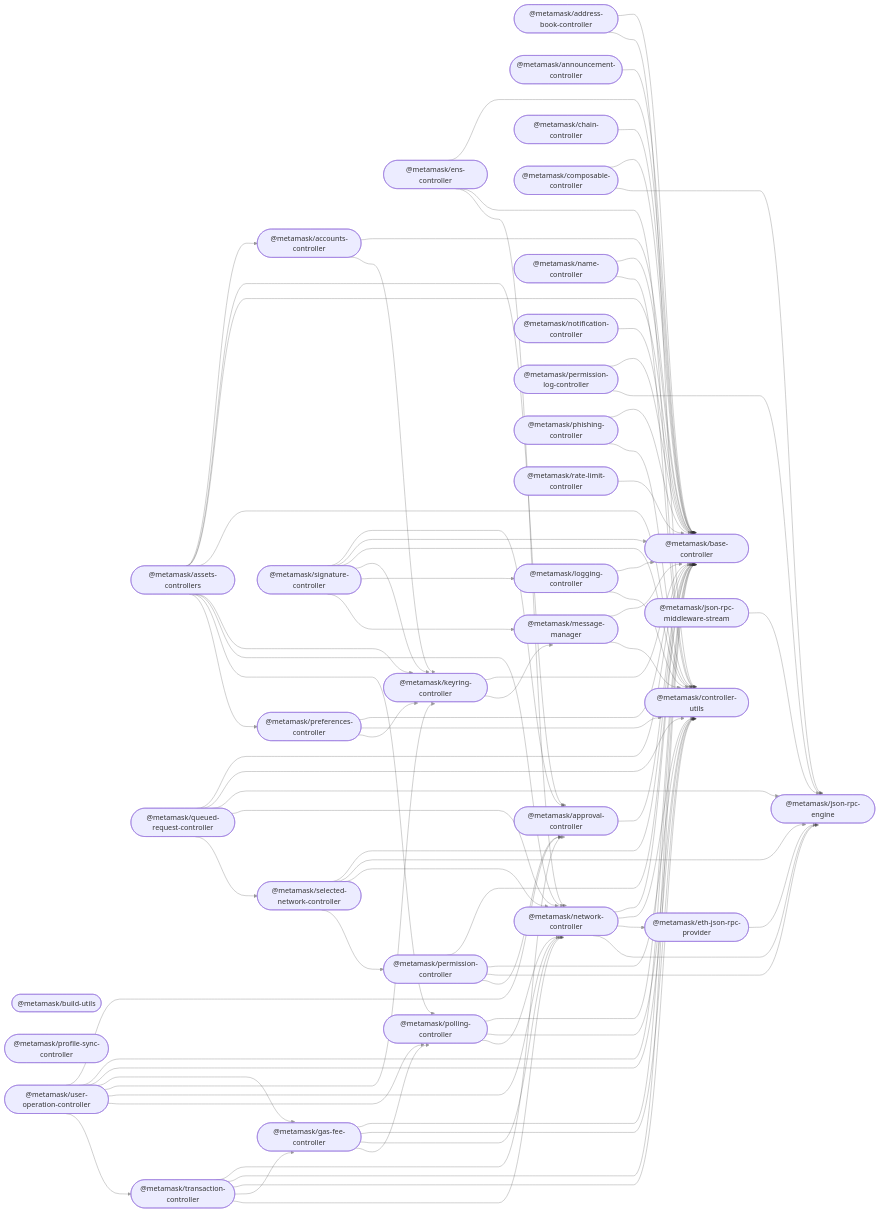
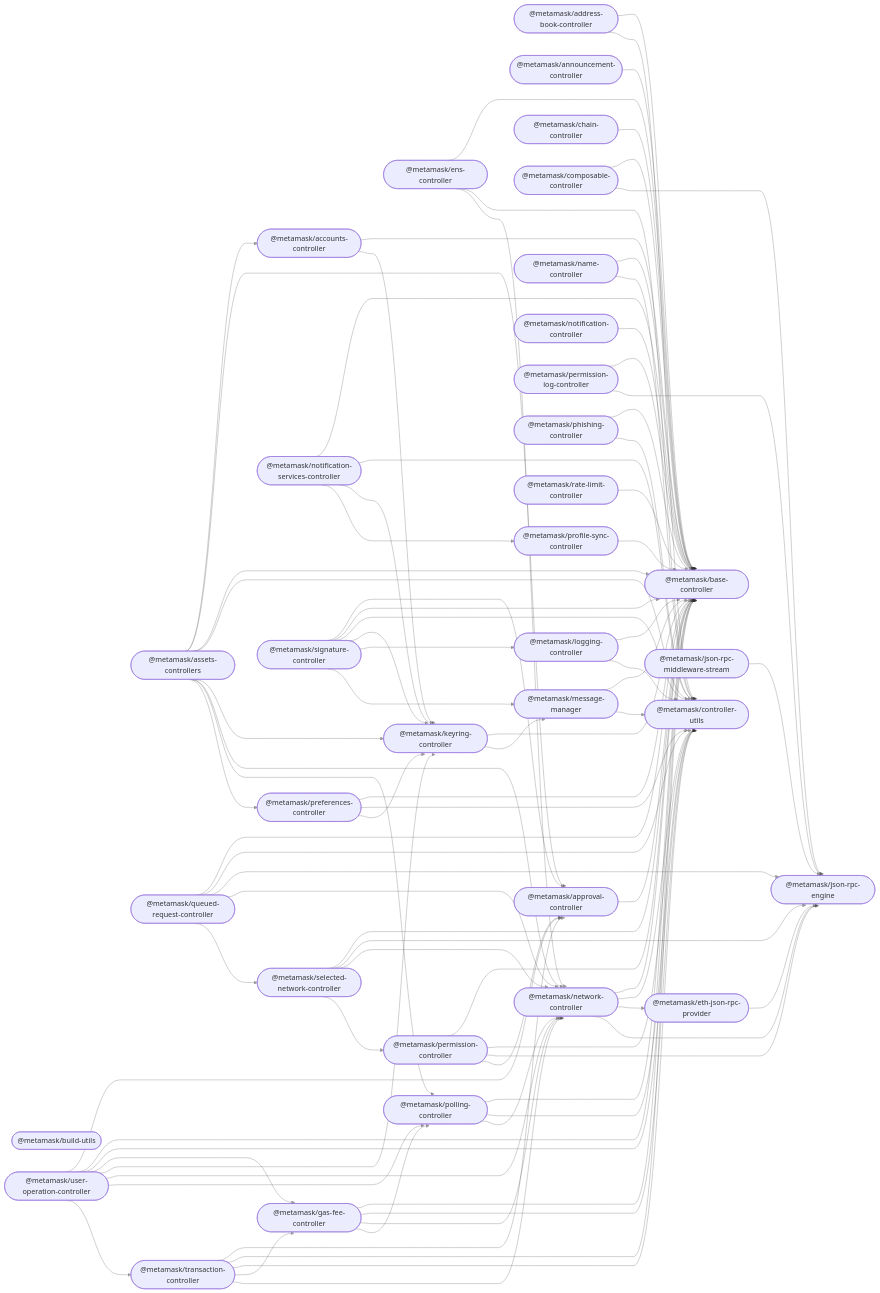
Before and after one commit to MetaMask/core: the diagram in README.md, drawn with Mermaid. The commit also changed other lines of this file and 101 other files, not shown here.

```diff
--- a/README.md
+++ b/README.md
@@ -73,6 +74,7 @@
   name_controller(["@metamask/name-controller"]);
   network_controller(["@metamask/network-controller"]);
   notification_controller(["@metamask/notification-controller"]);
+  notification_services_controller(["@metamask/notification-services-controller"]);
   permission_controller(["@metamask/permission-controller"]);
   permission_log_controller(["@metamask/permission-log-controller"]);
   phishing_controller(["@metamask/phishing-controller"]);
@@ -124,6 +126,10 @@
   network_controller --> eth_json_rpc_provider;
   network_controller --> json_rpc_engine;
   notification_controller --> base_controller;
+  notification_services_controller --> base_controller;
+  notification_services_controller --> controller_utils;
+  notification_services_controller --> keyring_controller;
+  notification_services_controller --> profile_sync_controller;
   permission_controller --> base_controller;
   permission_controller --> controller_utils;
   permission_controller --> json_rpc_engine;
@@ -138,6 +144,7 @@
   preferences_controller --> base_controller;
   preferences_controller --> controller_utils;
   preferences_controller --> keyring_controller;
+  profile_sync_controller --> base_controller;
   queued_request_controller --> base_controller;
   queued_request_controller --> controller_utils;
   queued_request_controller --> json_rpc_engine;
```
